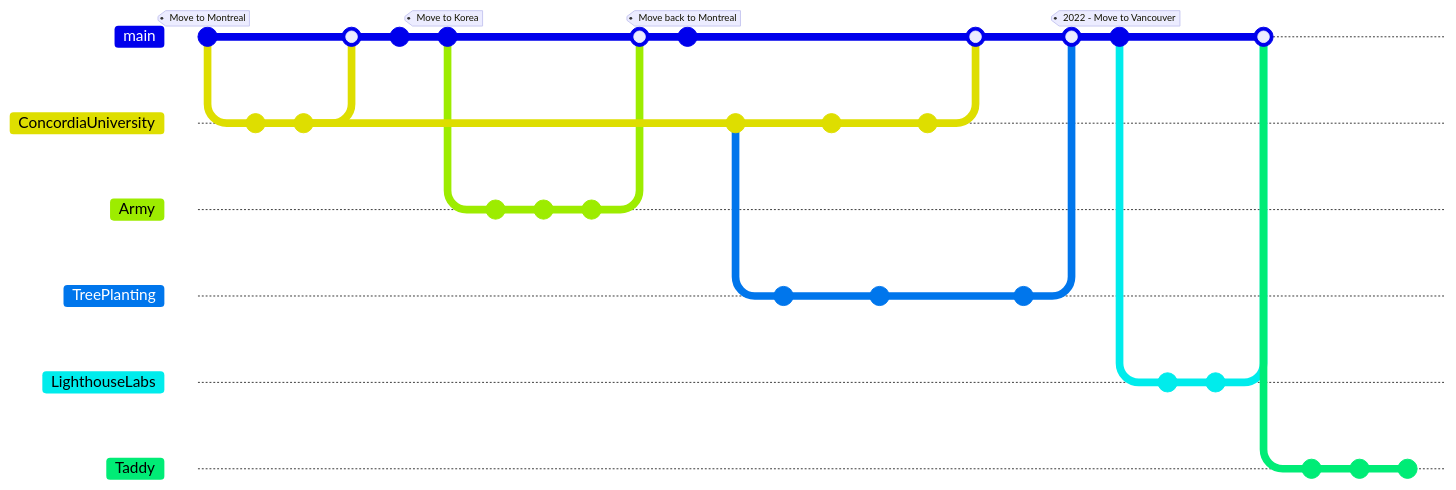
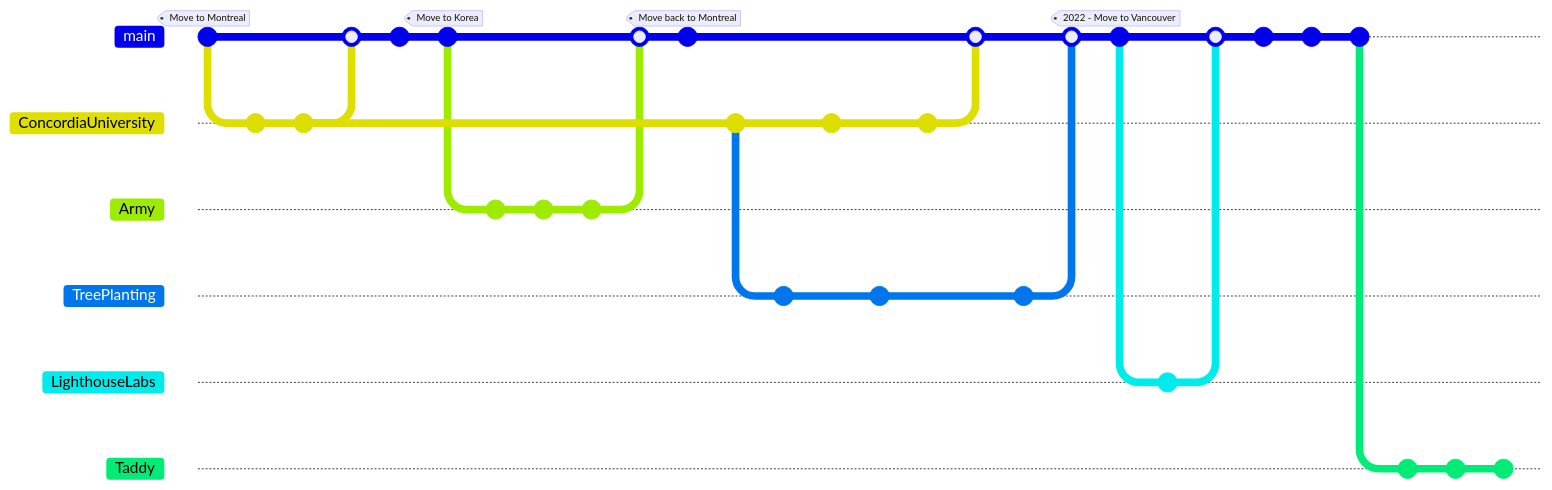
The diagram in README.md (jakinyang/jakinyang), drawn with Mermaid before and after one commit. Commit ids are hidden.

````diff
--- a/README.md
+++ b/README.md
@@ -381,50 +381,52 @@
 ```mermaid
 gitGraph:
     commit tag: "Move to Montreal"
     branch ConcordiaUniversity
     checkout ConcordiaUniversity
     commit id: "2015 - start 1st Year Psychology"
     commit id: "2016 - start 2nd Year Psychology"
     checkout main
     merge ConcordiaUniversity
     commit id: "2017 - return to Korea: Military Service"
     commit tag: "Move to Korea"
     branch Army
     checkout Army
     commit id: "2017 - complete army engineer training"
     commit id: "2019 - deploy to mine clearing operation"
     commit id: "2019 - complete military service"
     checkout main
     merge Army
     commit tag: "Move back to Montreal"
     checkout ConcordiaUniversity
     commit id: "2020 - start 3rd Year Psychology"
     branch TreePlanting
     checkout TreePlanting
     commit id: "1st Season Tree Planting"
     checkout ConcordiaUniversity
     commit id: "2021 - start 4th Year Psychology"
     checkout TreePlanting
     commit id: "2nd Season Tree Planting"
     checkout ConcordiaUniversity
     commit id: "2022 - graduate from Psychology"
     checkout main
     merge ConcordiaUniversity
     checkout TreePlanting
     commit id: "3rd Season Tree Planting"
     checkout main
     merge TreePlanting
     commit tag: "2022 - Move to Vancouver"
     branch LighthouseLabs
     checkout LighthouseLabs
     commit id: "2022 - Start Lighthouse Labs"
     checkout LighthouseLabs
-    commit id: "2023 - Finish Lighthouse Labs"
     checkout main
     merge LighthouseLabs
+    commit id: "2023 - Finish Lighthouse Labs"
+    commit id: "Start Job Search"
+    commit id: "Get hired at Taddy"
     branch Taddy
     checkout Taddy
     commit id: "2023 - Start Developer Role at Taddy"
     commit id: "Release Alpha of Bam! Webtoons App"
     commit id: "Present"
 ```
````
